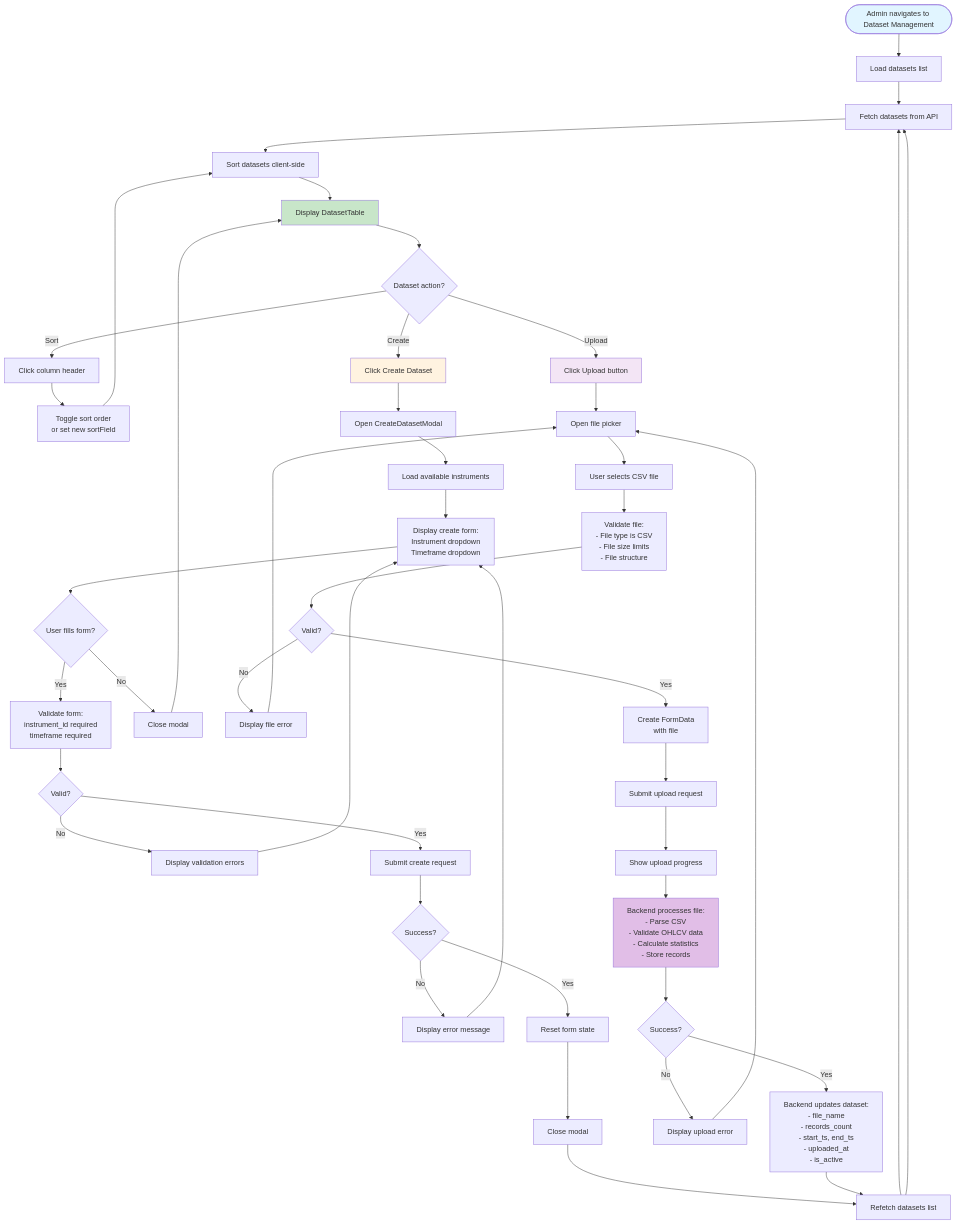
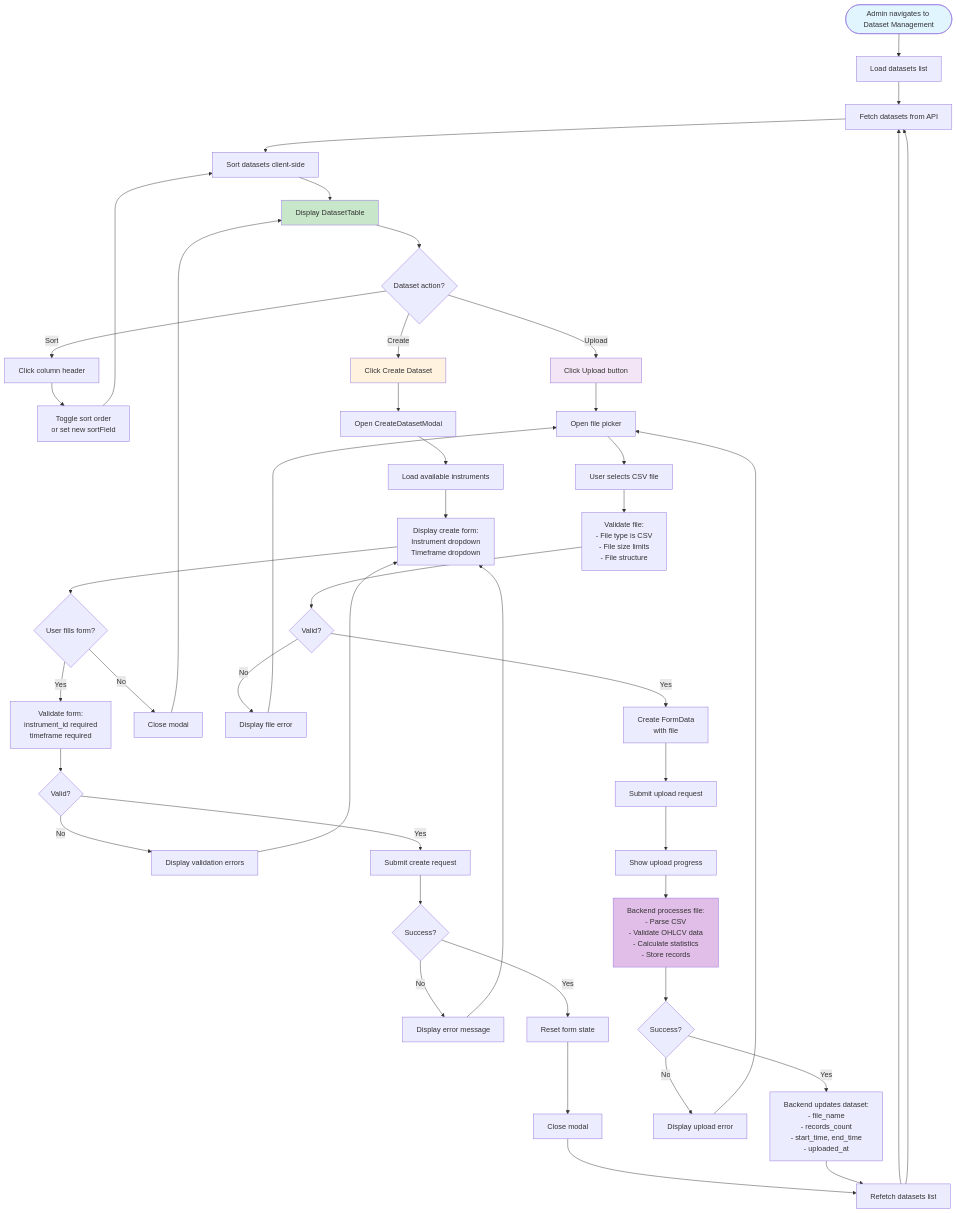
The diagram in documentation/features/frontend/admin/activity-dataset-management-workflow.mmd (DamienReichhart/BackTrade), drawn with Mermaid before and after one commit. The commit also changed 56 other files, not shown here.

```diff
--- a/documentation/features/frontend/admin/activity-dataset-management-workflow.mmd
+++ b/documentation/features/frontend/admin/activity-dataset-management-workflow.mmd
@@ -1,57 +1,57 @@
 flowchart TD
     Start([Admin navigates to Dataset Management]) --> LoadDatasets[Load datasets list]
     
     LoadDatasets --> FetchDatasets[Fetch datasets from API]
     FetchDatasets --> SortClient[Sort datasets client-side]
     SortClient --> DisplayTable[Display DatasetTable]
     
     DisplayTable --> DatasetAction{Dataset action?}
     
     DatasetAction -->|Sort| SortFlow[Click column header]
     DatasetAction -->|Create| CreateFlow[Click Create Dataset]
     DatasetAction -->|Upload| UploadFlow[Click Upload button]
     
     SortFlow --> UpdateSort[Toggle sort order<br/>or set new sortField]
     UpdateSort --> SortClient
     
     CreateFlow --> OpenCreateModal[Open CreateDatasetModal]
     OpenCreateModal --> LoadInstruments[Load available instruments]
     LoadInstruments --> DisplayForm[Display create form:<br/>Instrument dropdown<br/>Timeframe dropdown]
     DisplayForm --> UserFills{User fills form?}
     UserFills -->|Yes| ValidateCreate[Validate form:<br/>instrument_id required<br/>timeframe required]
     UserFills -->|No| CancelCreate[Close modal]
     ValidateCreate --> CreateValid{Valid?}
     CreateValid -->|No| ShowCreateErrors[Display validation errors]
     ShowCreateErrors --> DisplayForm
     CreateValid -->|Yes| SubmitCreate[Submit create request]
     SubmitCreate --> CreateSuccess{Success?}
     CreateSuccess -->|No| ShowCreateError[Display error message]
     ShowCreateError --> DisplayForm
     CreateSuccess -->|Yes| ResetForm[Reset form state]
     ResetForm --> CloseCreateModal[Close modal]
     CloseCreateModal --> RefetchDatasets[Refetch datasets list]
     RefetchDatasets --> FetchDatasets
     CancelCreate --> DisplayTable
     
     UploadFlow --> OpenFileDialog[Open file picker]
     OpenFileDialog --> SelectFile[User selects CSV file]
     SelectFile --> ValidateFile[Validate file:<br/>- File type is CSV<br/>- File size limits<br/>- File structure]
     ValidateFile --> FileValid{Valid?}
     FileValid -->|No| ShowFileError[Display file error]
     ShowFileError --> OpenFileDialog
     FileValid -->|Yes| CreateFormData[Create FormData<br/>with file]
     CreateFormData --> SubmitUpload[Submit upload request]
     SubmitUpload --> UploadProgress[Show upload progress]
     UploadProgress --> BackendProcess[Backend processes file:<br/>- Parse CSV<br/>- Validate OHLCV data<br/>- Calculate statistics<br/>- Store records]
     BackendProcess --> UploadSuccess{Success?}
     UploadSuccess -->|No| ShowUploadError[Display upload error]
     ShowUploadError --> OpenFileDialog
-    UploadSuccess -->|Yes| UpdateDataset[Backend updates dataset:<br/>- file_name<br/>- records_count<br/>- start_ts, end_ts<br/>- uploaded_at<br/>- is_active]
+    UploadSuccess -->|Yes| UpdateDataset[Backend updates dataset:<br/>- file_name<br/>- records_count<br/>- start_time, end_time<br/>- uploaded_at]
     UpdateDataset --> RefetchDatasets
     RefetchDatasets --> FetchDatasets
     
     style Start fill:#e1f5ff
     style DisplayTable fill:#c8e6c9
     style CreateFlow fill:#fff3e0
     style UploadFlow fill:#f3e5f5
     style BackendProcess fill:#e1bee7
```
